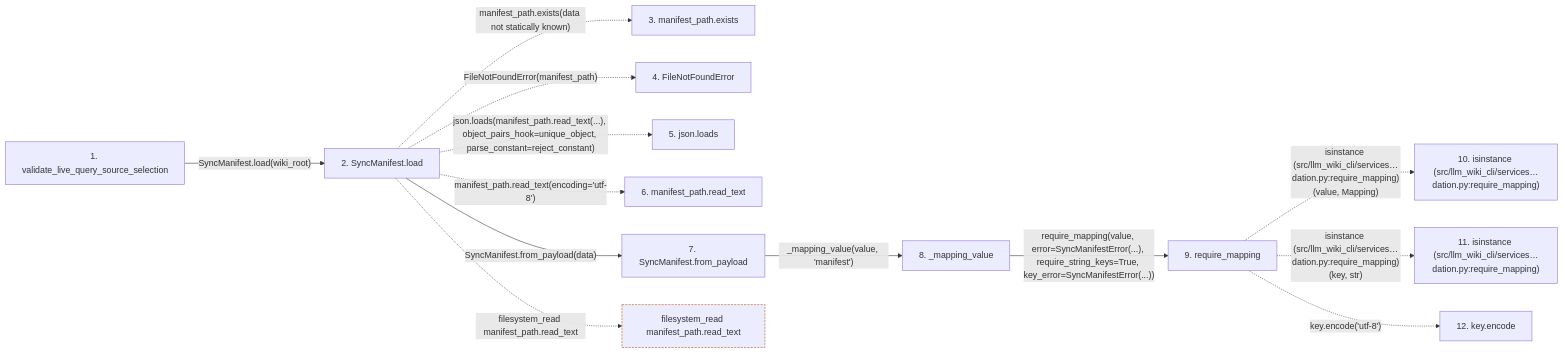
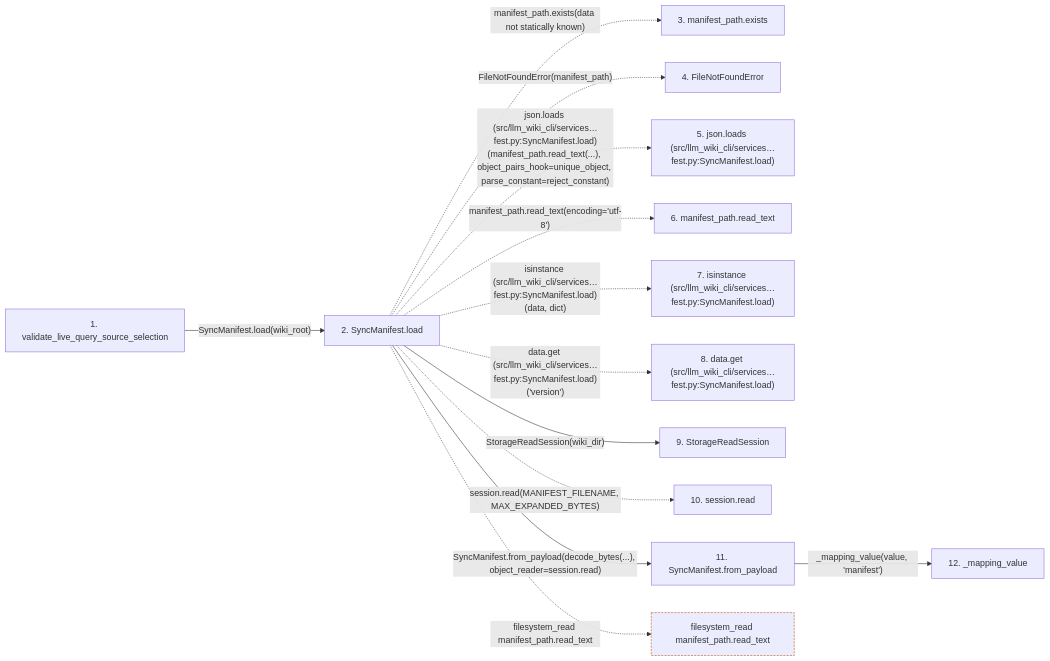
The second of 2 diagrams in docs/llm_wiki/flows/api-validate_live_query_source_selection.md (Denissvgn/python-wiki-llm), drawn with Mermaid before and after one commit. The commit also changed other lines of this file and 865 other files, not shown here.

First line of the commit message:
Add native task workflows and scalable indexed knowledge storage (#35)

````diff
--- a/docs/llm_wiki/flows/api-validate_live_query_source_selection.md
+++ b/docs/llm_wiki/flows/api-validate_live_query_source_selection.md
@@ -84,35 +86,35 @@
 ```mermaid
 flowchart LR
     s1["1. validate_live_query_source_selection"]
     s2["2. SyncManifest.load"]
     s3["3. manifest_path.exists"]
     s4["4. FileNotFoundError"]
-    s5["5. json.loads"]
+    s5["5. json.loads (src/llm_wiki_cli/services…fest.py:SyncManifest.load)"]
     s6["6. manifest_path.read_text"]
-    s7["7. SyncManifest.from_payload"]
-    s8["8. _mapping_value"]
-    s9["9. require_mapping"]
-    s10["10. isinstance (src/llm_wiki_cli/services…dation.py:require_mapping)"]
-    s11["11. isinstance (src/llm_wiki_cli/services…dation.py:require_mapping)"]
-    s12["12. key.encode"]
+    s7["7. isinstance (src/llm_wiki_cli/services…fest.py:SyncManifest.load)"]
+    s8["8. data.get (src/llm_wiki_cli/services…fest.py:SyncManifest.load)"]
+    s9["9. StorageReadSession"]
+    s10["10. session.read"]
+    s11["11. SyncManifest.from_payload"]
+    s12["12. _mapping_value"]
     s1 -->|"SyncManifest.load(wiki_root)"| s2
     s2 -. "manifest_path.exists(data not statically known)" .-> s3
     s2 -. "FileNotFoundError(manifest_path)" .-> s4
-    s2 -. "json.loads(manifest_path.read_text(...), object_pairs_hook=unique_object, parse_constant=reject_constant)" .-> s5
+    s2 -. "json.loads (src/llm_wiki_cli/services…fest.py:SyncManifest.load)(manifest_path.read_text(...), object_pairs_hook=unique_object, parse_constant=reject_constant)" .-> s5
     s2 -. "manifest_path.read_text(encoding='utf-8')" .-> s6
-    s2 -->|"SyncManifest.from_payload(data)"| s7
-    s7 -->|"_mapping_value(value, 'manifest')"| s8
-    s8 -->|"require_mapping(value, error=SyncManifestError(...), require_string_keys=True, key_error=SyncManifestError(...))"| s9
-    s9 -. "isinstance (src/llm_wiki_cli/services…dation.py:require_mapping)(value, Mapping)" .-> s10
-    s9 -. "isinstance (src/llm_wiki_cli/services…dation.py:require_mapping)(key, str)" .-> s11
-    s9 -. "key.encode('utf-8')" .-> s12
+    s2 -. "isinstance (src/llm_wiki_cli/services…fest.py:SyncManifest.load)(data, dict)" .-> s7
+    s2 -. "data.get (src/llm_wiki_cli/services…fest.py:SyncManifest.load)('version')" .-> s8
+    s2 -->|"StorageReadSession(wiki_dir)"| s9
+    s2 -. "session.read(MANIFEST_FILENAME, MAX_EXPANDED_BYTES)" .-> s10
+    s2 -->|"SyncManifest.from_payload(decode_bytes(...), object_reader=session.read)"| s11
+    s11 -->|"_mapping_value(value, 'manifest')"| s12
     b0["filesystem_read manifest_path.read_text"]
     s2 -. "filesystem_read manifest_path.read_text" .-> b0
     click s1 "../modules/documentation_query_builder.md"
     click s2 "../modules/sync_manifest.md"
-    click s7 "../modules/sync_manifest.md"
-    click s8 "../modules/sync_manifest.md"
-    click s9 "../modules/validation.md"
+    click s9 "../modules/knowledge_storage_io.md"
+    click s11 "../modules/sync_manifest.md"
+    click s12 "../modules/sync_manifest.md"
     classDef boundary stroke:#b45309,stroke-dasharray: 4 2
     class b0 boundary
 ```
````
